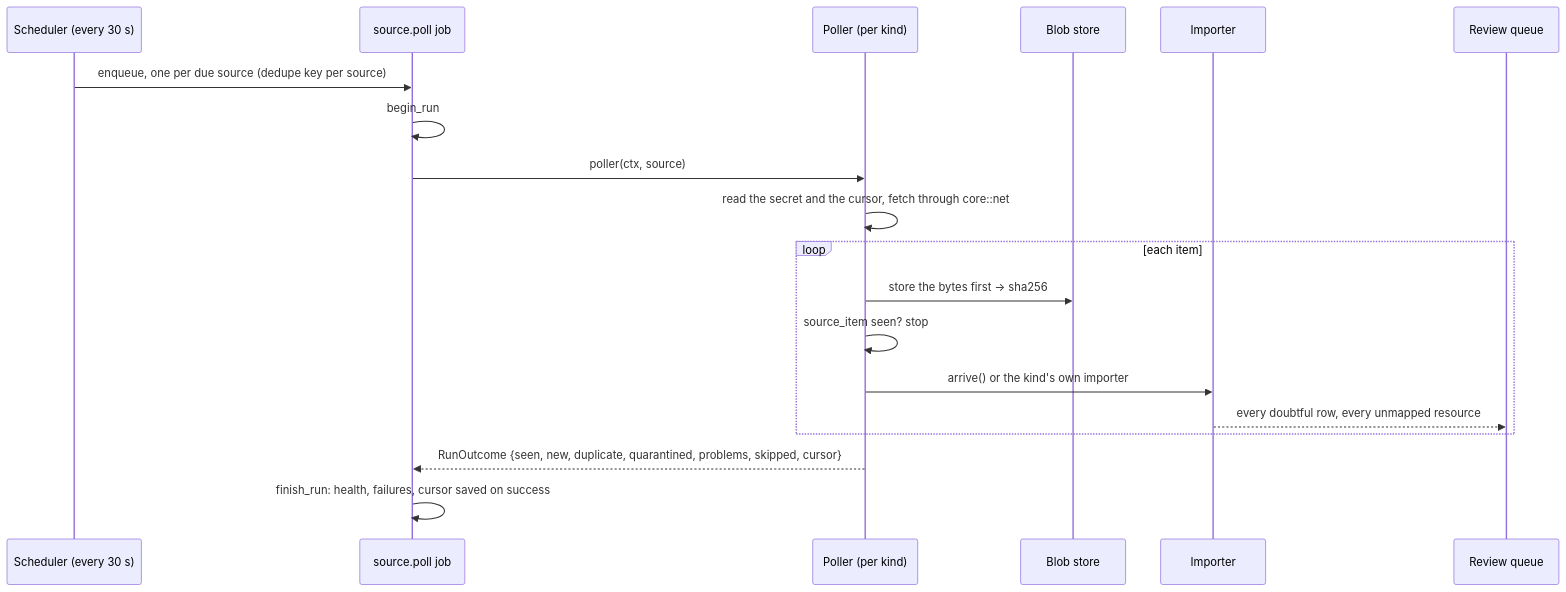
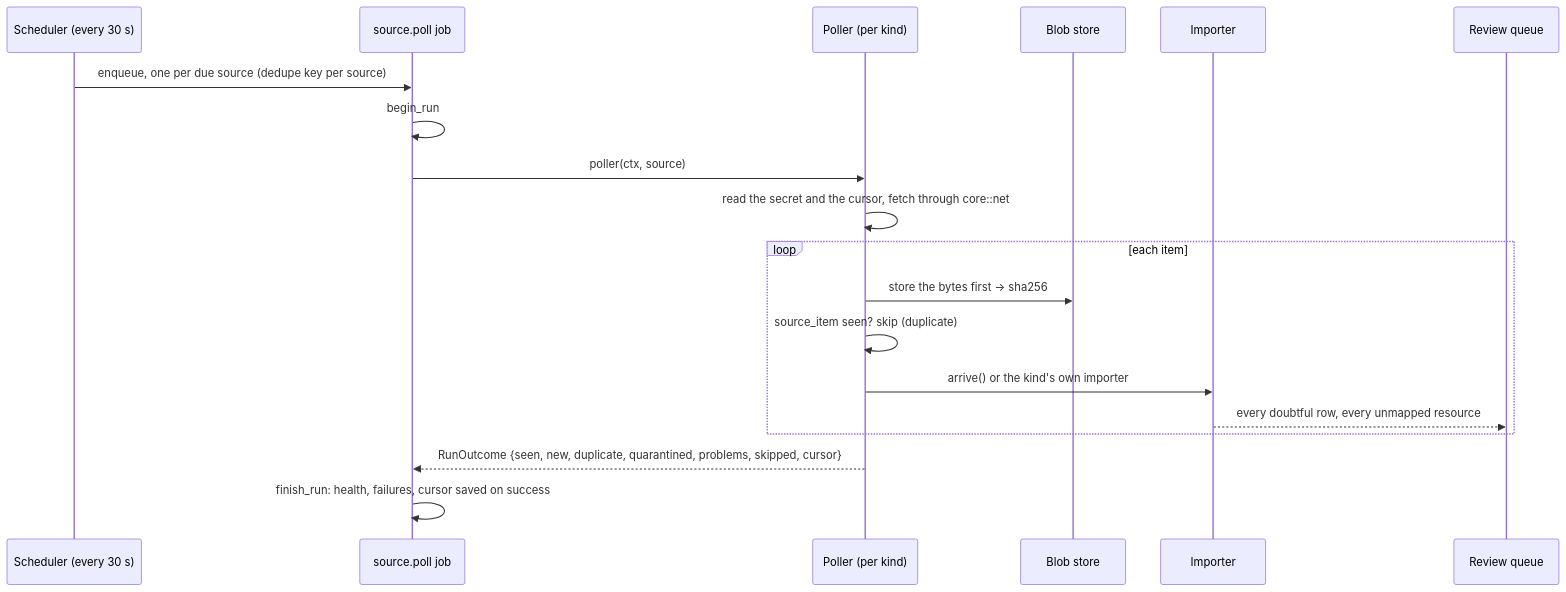
Before and after one commit to GeiserX/OwnHealth: the second of 2 diagrams in docs/design/connectors.md, drawn with Mermaid. The commit also changed other lines of this file, not shown here.

Commit message:
docs(connectors): Oura ships in v1.0 and waits for its terms before MCP, and a seen item is skipped as a duplicate

````diff
--- a/docs/design/connectors.md
+++ b/docs/design/connectors.md
@@ -288,21 +288,21 @@
 ```mermaid
 sequenceDiagram
   participant S as Scheduler (every 30 s)
   participant J as source.poll job
   participant P as Poller (per kind)
   participant B as Blob store
   participant I as Importer
   participant Q as Review queue
   S->>J: enqueue, one per due source (dedupe key per source)
   J->>J: begin_run
   J->>P: poller(ctx, source)
   P->>P: read the secret and the cursor, fetch through core::net
   loop each item
     P->>B: store the bytes first -> sha256
-    P->>P: source_item seen? stop
+    P->>P: source_item seen? skip (duplicate)
     P->>I: arrive() or the kind's own importer
     I-->>Q: every doubtful row, every unmapped resource
   end
   P-->>J: RunOutcome {seen, new, duplicate, quarantined, problems, skipped, cursor}
   J->>J: finish_run: health, failures, cursor saved on success
 ```
````
